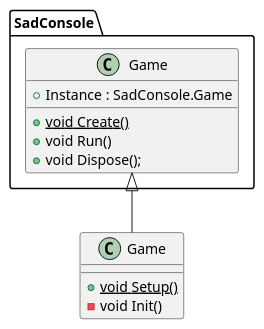
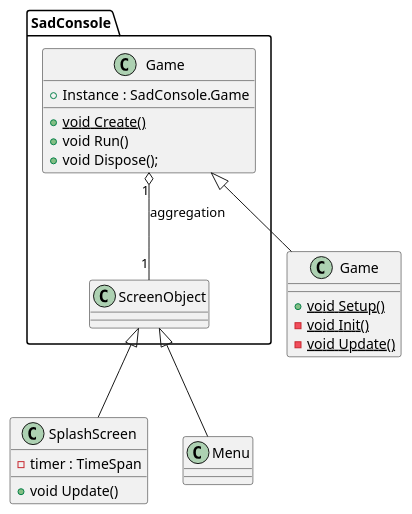
Before and after one commit to KasperK87/project: the diagram in UML.wsd, drawn with PlantUML. The commit also changed 7 other files, not shown here.

```diff
--- a/UML.wsd
+++ b/UML.wsd
@@ -4,22 +4,38 @@
 @startuml test
 
 Class SadConsole.Game{
     + Instance : SadConsole.Game
 
     + {static} void Create()
     + void Run()
     + void Dispose();
+}
+
+Class SadConsole.ScreenObject{
+
+}
+
+Class SplashScreen{
+    - timer : TimeSpan
+
+    + void Update()
+}
+
+Class Menu{
 
 }
 
 Class Game{
-    
-
     + {static} void Setup()
-    - void Init()
+    - {static} void Init()
+    - {static} void Update()
 }
 
+SadConsole.Game "1" o-- "1" SadConsole.ScreenObject : aggregation
+
 SadConsole.Game <|-- Game
+SadConsole.ScreenObject <|-- SplashScreen
+SadConsole.ScreenObject <|-- Menu
 
 
 @enduml
```
